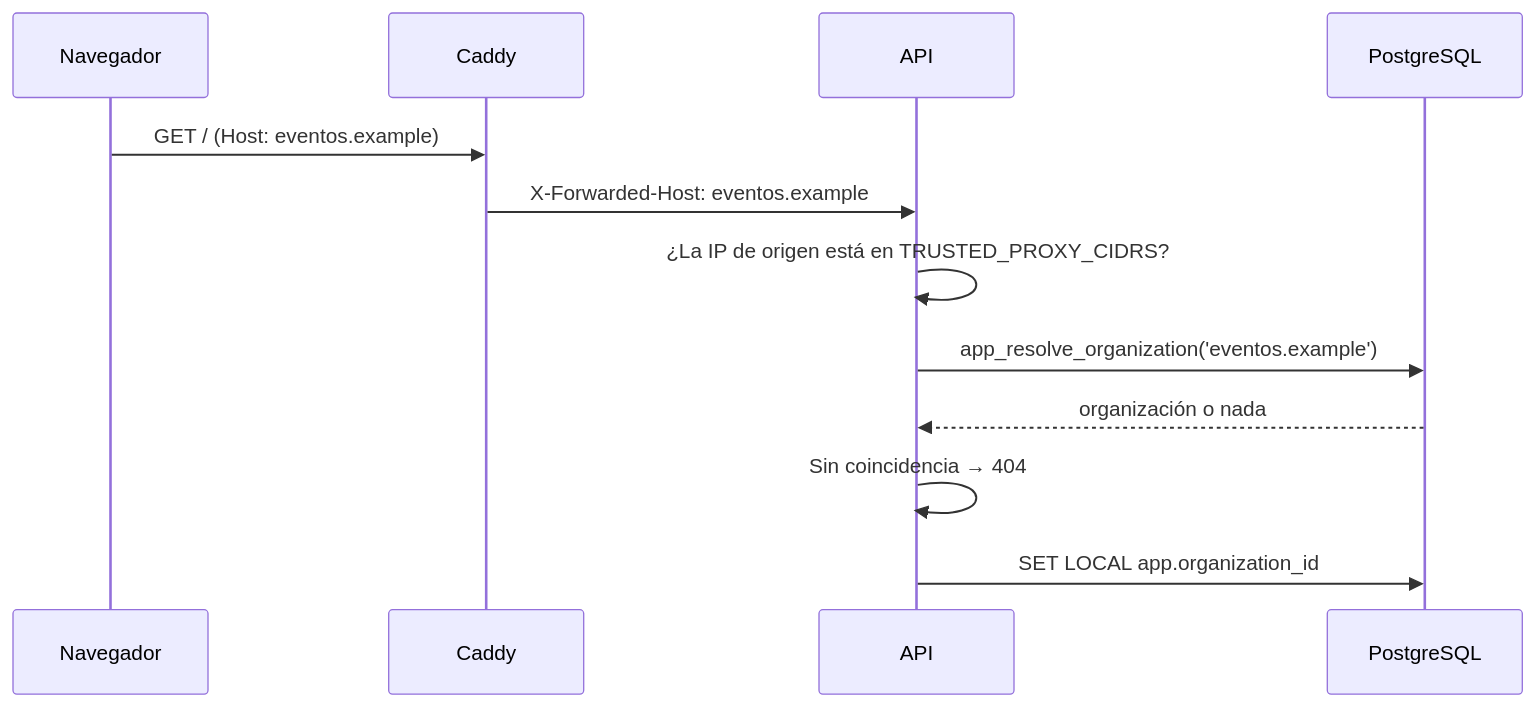
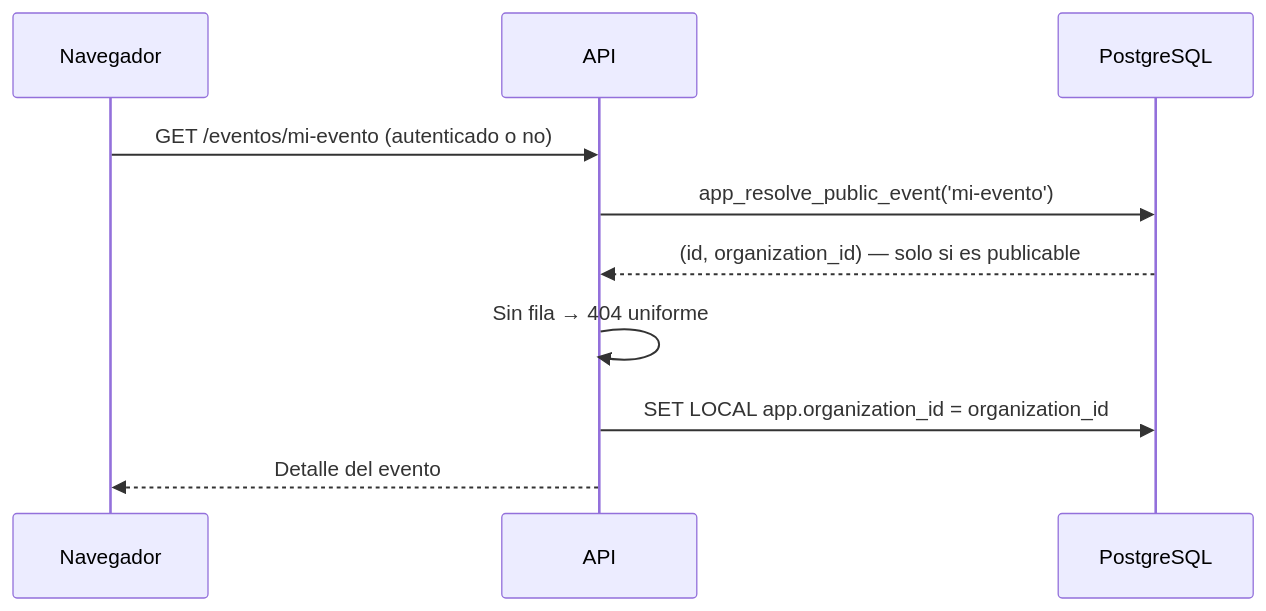
One commit to yosnap/eventarium changed the second of 2 diagrams in docs/arquitectura.md. Above: the diagram before and after it, drawn with Mermaid. The commit also changed other lines of this file and 6 other files, not shown here.

First line of the commit message:
docs(arquitectura): cierre del plan organización sin dominio

````diff
--- a/docs/arquitectura.md
+++ b/docs/arquitectura.md
@@ -96,15 +124,13 @@
 ```mermaid
 sequenceDiagram
   participant N as Navegador
-  participant C as Caddy
   participant A as API
   participant D as PostgreSQL
 
-  N->>C: GET / (Host: eventos.example)
-  C->>A: X-Forwarded-Host: eventos.example
-  A->>A: ¿La IP de origen está en TRUSTED_PROXY_CIDRS?
-  A->>D: app_resolve_organization('eventos.example')
-  D-->>A: organización o nada
-  A->>A: Sin coincidencia → 404
-  A->>D: SET LOCAL app.organization_id
+  N->>A: GET /eventos/mi-evento (autenticado o no)
+  A->>D: app_resolve_public_event('mi-evento')
+  D-->>A: (id, organization_id) — solo si es publicable
+  A->>A: Sin fila → 404 uniforme
+  A->>D: SET LOCAL app.organization_id = organization_id
+  A-->>N: Detalle del evento
 ```
````
